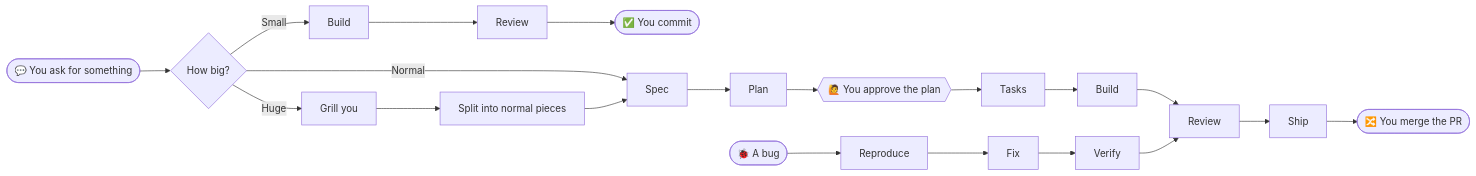
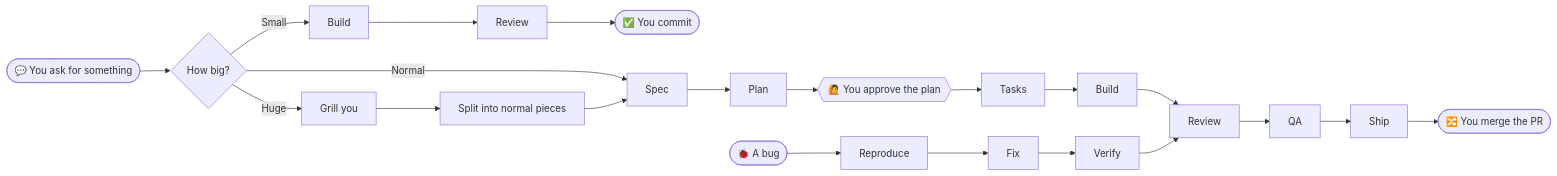
Before and after one commit to LanHuong142002/ourkit: the diagram in README.md, drawn with Mermaid. The commit also changed other lines of this file and 19 other files, not shown here.

````diff
--- a/README.md
+++ b/README.md
@@ -7,13 +7,13 @@
 ```mermaid
 flowchart LR
     ask([💬 You ask for something]) --> size{How big?}
 
     size -->|Small| s1[Build] --> s2[Review] --> s3([✅ You commit])
 
     size -->|Normal| n1[Spec] --> n2[Plan] --> ok{{🙋 You approve the plan}}
-    ok --> n3[Tasks] --> n4[Build] --> n5[Review] --> n6[Ship] --> pr([🔀 You merge the PR])
+    ok --> n3[Tasks] --> n4[Build] --> n5[Review] --> n5b[QA] --> n6[Ship] --> pr([🔀 You merge the PR])
 
     size -->|Huge| h1[Grill you] --> h2[Split into normal pieces] --> n1
 
     bug([🐞 A bug]) --> b1[Reproduce] --> b2[Fix] --> b3[Verify] --> n5
 ```
````
